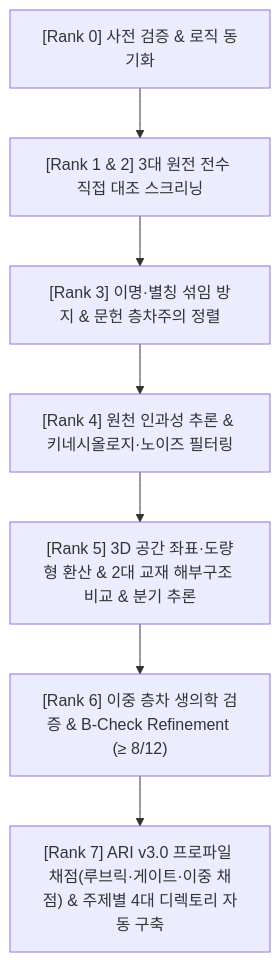
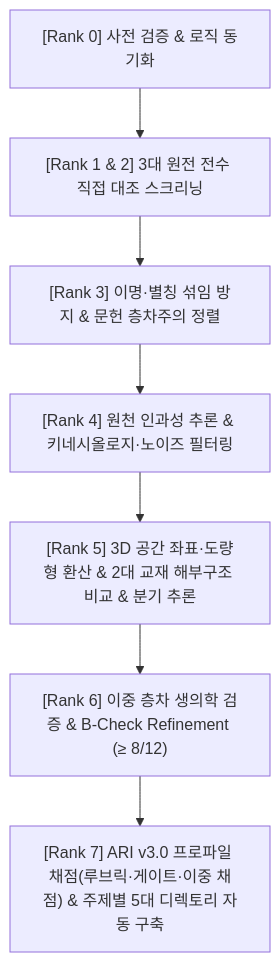
The second of 2 diagrams in framework/acupoint_anatomical_logic_framework.md (jaehyokim-sketch/acupoint_anatomy), drawn with Mermaid before and after one commit. The commit also changed other lines of this file and 136 other files, not shown here.

````diff
--- a/framework/acupoint_anatomical_logic_framework.md
+++ b/framework/acupoint_anatomical_logic_framework.md
@@ -83,9 +84,9 @@
 ```mermaid
 graph TD
     R0["[Rank 0] 사전 검증 & 로직 동기화"] --> R1["[Rank 1 & 2] 3대 원전 전수 직접 대조 스크리닝"]
     R1 --> R3["[Rank 3] 이명·별칭 섞임 방지 & 문헌 층차주의 정렬"]
     R3 --> R4["[Rank 4] 원천 인과성 추론 & 키네시올로지·노이즈 필터링"]
     R4 --> R5["[Rank 5] 3D 공간 좌표·도량형 환산 & 2대 교재 해부구조 비교 & 분기 추론"]
     R5 --> R6["[Rank 6] 이중 층차 생의학 검증 & B-Check Refinement (≥ 8/12)"]
-    R6 --> R7["[Rank 7] ARI v3.0 프로파일 채점(루브릭·게이트·이중 채점) & 주제별 4대 디렉토리 자동 구축"]
+    R6 --> R7["[Rank 7] ARI v3.0 프로파일 채점(루브릭·게이트·이중 채점) & 주제별 5대 디렉토리 자동 구축"]
 ```
````
